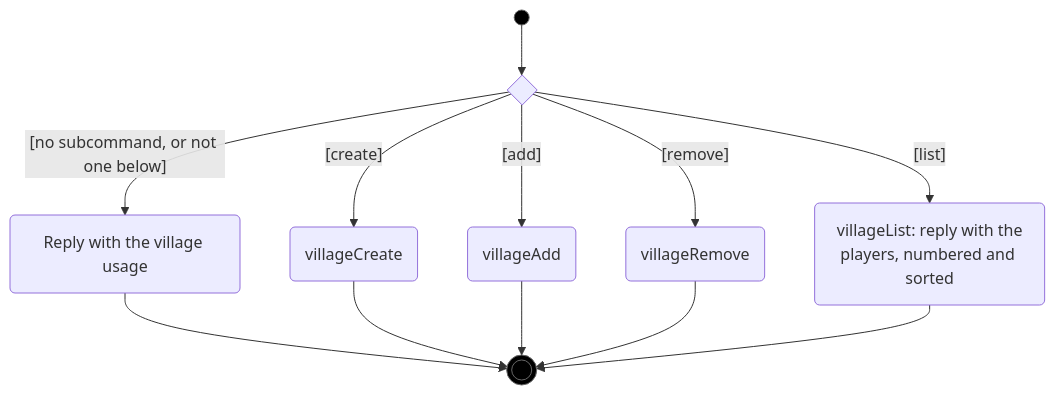
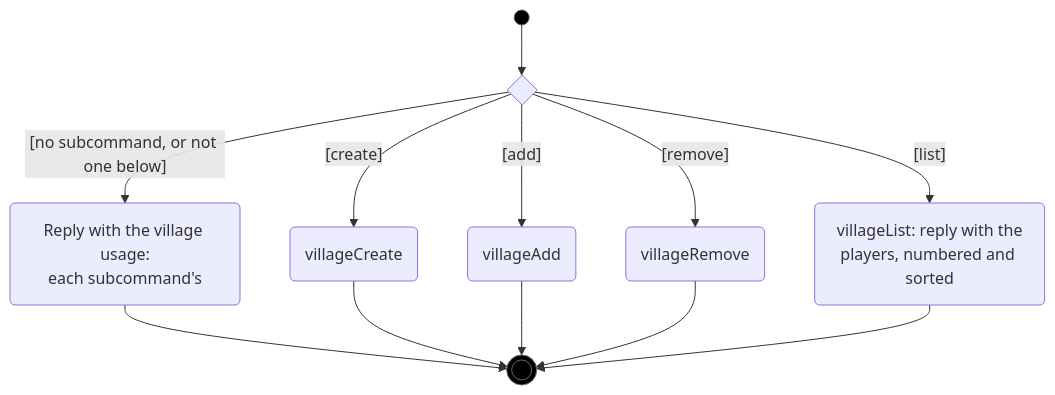
One commit to RAGNOARAKNOS/BotOnTheClocktower changed the first of 5 diagrams in docs/uml/village.md. Above: the diagram before and after it, drawn with Mermaid. The commit also changed other lines of this file and 32 other files, not shown here.

````diff
--- a/docs/uml/village.md
+++ b/docs/uml/village.md
@@ -11,13 +11,13 @@
 ```mermaid
 flowchart TD
     start((" ")):::initial --> d2{" "}
-    d2 -->|"[no subcommand, or not one below]"| usage("Reply with the village usage")
+    d2 -->|"[no subcommand, or not one below]"| usage("Reply with the village usage:<br/>each subcommand's")
     d2 -->|"[create]"| create("villageCreate")
     d2 -->|"[add]"| add("villageAdd")
     d2 -->|"[remove]"| remove("villageRemove")
     d2 -->|"[list]"| list("villageList: reply with the<br/>players, numbered and sorted")
     usage & create & add & remove & list --> done(((" "))):::final
 
     classDef initial fill:#000,stroke:#666
     classDef final fill:#000,stroke:#666
 ```
````
